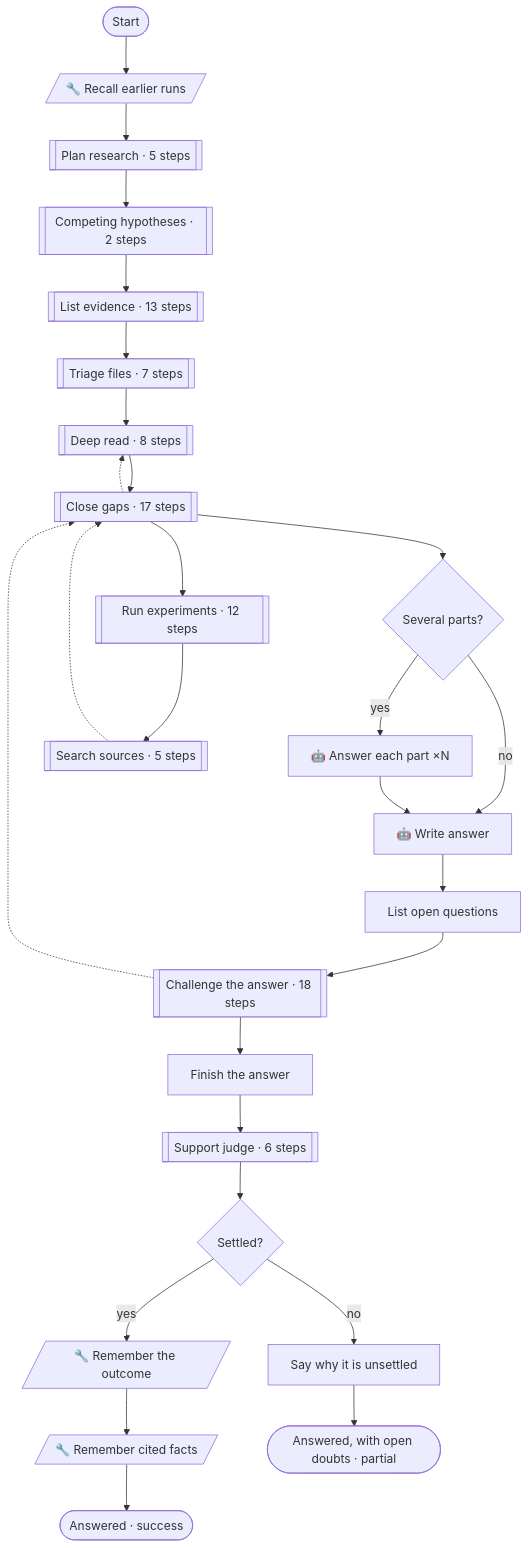
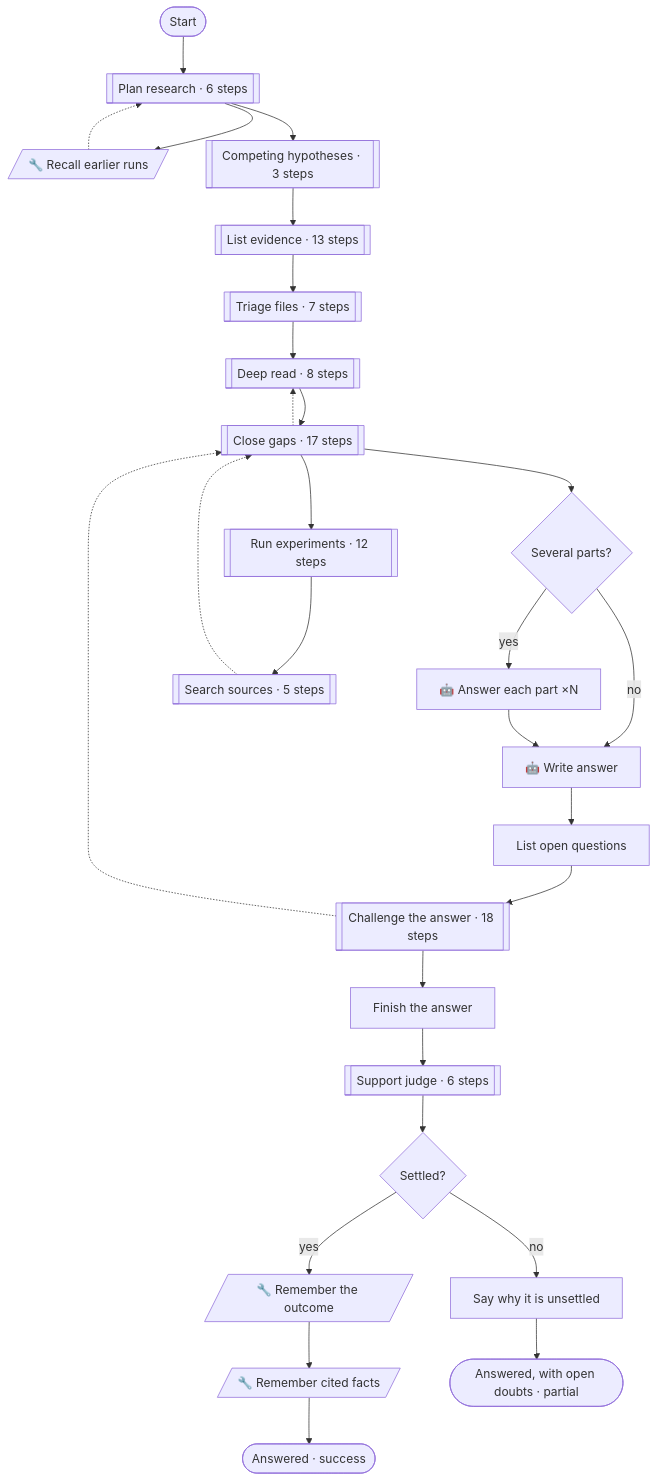
The first of 7 diagrams in docs/patterns.md (pirty6/symphony-core), drawn with Mermaid before and after one commit. The commit also changed other lines of this file and 7 other files, not shown here.

````diff
--- a/docs/patterns.md
+++ b/docs/patterns.md
@@ -95,52 +95,53 @@
 ```mermaid
 flowchart TD
   n_start(["Start"])
   n_recall[/"🔧 Recall earlier runs"/]
   n_multiPart{"Several parts?"}
   n_answerParts["🤖 Answer each part ×N"]
   n_answer["🤖 Write answer"]
   n_listOpen["List open questions"]
   n_attachParts["Finish the answer"]
   n_settled{"Settled?"}
   n_noteDoubts["Say why it is unsettled"]
   n_learnAnswer[/"🔧 Remember the outcome"/]
   n_rememberCited[/"🔧 Remember cited facts"/]
   n_done(["Answered · success"])
   n_doubts(["Answered, with open doubts · partial"])
-  n_planPhase[["Plan research · 5 steps"]]
-  n_hypothesesPhase[["Competing hypotheses · 2 steps"]]
+  n_planPhase[["Plan research · 6 steps"]]
+  n_hypothesesPhase[["Competing hypotheses · 3 steps"]]
   n_listPhase[["List evidence · 13 steps"]]
   n_triagePhase[["Triage files · 7 steps"]]
   n_deepPhase[["Deep read · 8 steps"]]
   n_experimentPhase[["Run experiments · 12 steps"]]
   n_sourcePhase[["Search sources · 5 steps"]]
   n_gapPhase[["Close gaps · 17 steps"]]
   n_challengePhase[["Challenge the answer · 18 steps"]]
   n_judgePhase[["Support judge · 6 steps"]]
-  n_start --> n_recall
-  n_recall --> n_planPhase
+  n_start --> n_planPhase
+  n_planPhase --> n_recall
+  n_recall -.-> n_planPhase
   n_planPhase --> n_hypothesesPhase
   n_hypothesesPhase --> n_listPhase
   n_listPhase --> n_triagePhase
   n_triagePhase --> n_deepPhase
   n_deepPhase --> n_gapPhase
   n_gapPhase --> n_experimentPhase
   n_experimentPhase --> n_sourcePhase
   n_sourcePhase -.-> n_gapPhase
   n_gapPhase -.-> n_deepPhase
   n_gapPhase --> n_multiPart
   n_multiPart -->|"yes"| n_answerParts
   n_multiPart -->|"no"| n_answer
   n_answerParts --> n_answer
   n_answer --> n_listOpen
   n_listOpen --> n_challengePhase
   n_challengePhase --> n_attachParts
   n_challengePhase -.-> n_gapPhase
   n_attachParts --> n_judgePhase
   n_judgePhase --> n_settled
   n_settled -->|"yes"| n_learnAnswer
   n_settled -->|"no"| n_noteDoubts
   n_learnAnswer --> n_rememberCited
   n_rememberCited --> n_done
   n_noteDoubts --> n_doubts
 ```
````
